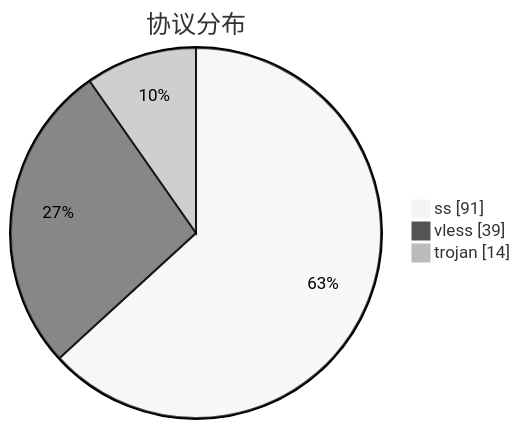
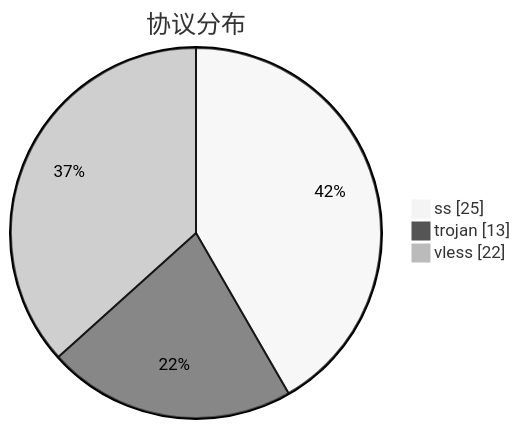
Before and after one commit to qjlxg/airport: the third of 3 diagrams in subs/statistics/tested_within.md, drawn with Mermaid (neutral theme). The commit also changed other lines of this file and 2 other files, not shown here.

````diff
--- a/subs/statistics/tested_within.md
+++ b/subs/statistics/tested_within.md
@@ -29,7 +25,7 @@
 ```mermaid
 pie showData
 title 协议分布
-"ss" : 91
-"vless" : 39
-"trojan" : 14
+"ss" : 25
+"trojan" : 13
+"vless" : 22
 ```
````
